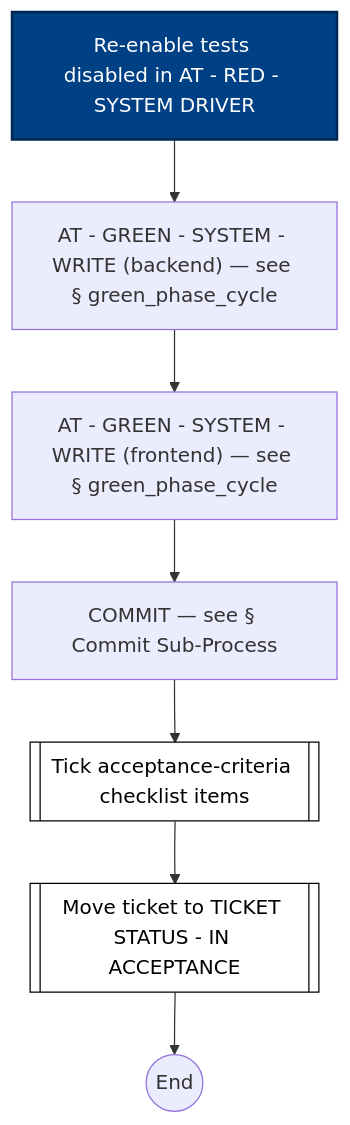
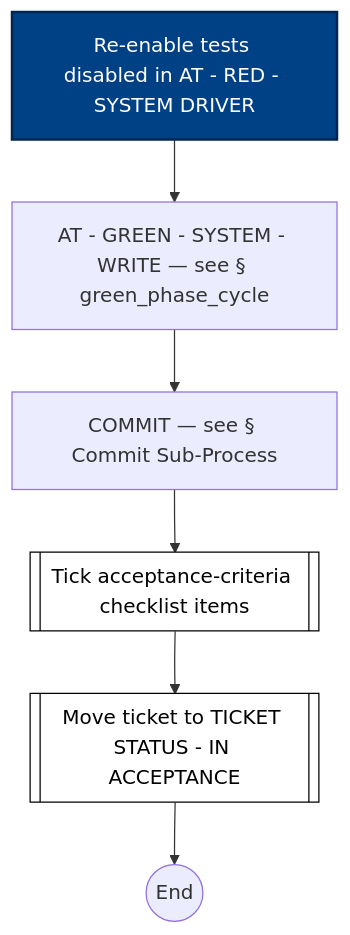
The seventh of 19 diagrams in docs/process-diagram.md (optivem/gh-optivem), drawn with Mermaid before and after one commit. The commit also changed other lines of this file and 25 other files, not shown here.

First line of the commit message:
atdd/collapse-at-green: collapse AT_GREEN_BACKEND + AT_GREEN_FRONTEND into single AT_GREEN

````diff
--- a/docs/process-diagram.md
+++ b/docs/process-diagram.md
@@ -186,23 +190,21 @@
 ```mermaid
 flowchart TD
-    AT_GREEN_BACKEND["AT - GREEN - SYSTEM - WRITE (backend) — see § green_phase_cycle"]
-    AT_GREEN_FRONTEND["AT - GREEN - SYSTEM - WRITE (frontend) — see § green_phase_cycle"]
+    AT_GREEN[AT - GREEN - SYSTEM - WRITE — see § green_phase_cycle]
     COMMIT[COMMIT — see § Commit Sub-Process]
     ENABLE_TESTS[Re-enable tests disabled in AT - RED - SYSTEM DRIVER]
     GS_END((End))
     MOVE_TICKET_IN_ACCEPTANCE[[Move ticket to TICKET STATUS - IN ACCEPTANCE]]
     TICK[[Tick acceptance-criteria checklist items]]
 
-    ENABLE_TESTS --> AT_GREEN_BACKEND
-    AT_GREEN_BACKEND --> AT_GREEN_FRONTEND
-    AT_GREEN_FRONTEND --> COMMIT
+    ENABLE_TESTS --> AT_GREEN
+    AT_GREEN --> COMMIT
     COMMIT --> TICK
     TICK --> MOVE_TICKET_IN_ACCEPTANCE
     MOVE_TICKET_IN_ACCEPTANCE --> GS_END
 
     classDef serviceNode fill:#ffffff,stroke:#000000,stroke-width:1px,color:#000000
     class MOVE_TICKET_IN_ACCEPTANCE,TICK serviceNode
 
     classDef agentNode fill:#004085,stroke:#002752,stroke-width:2px,color:#ffffff
     class ENABLE_TESTS agentNode
 ```
````
